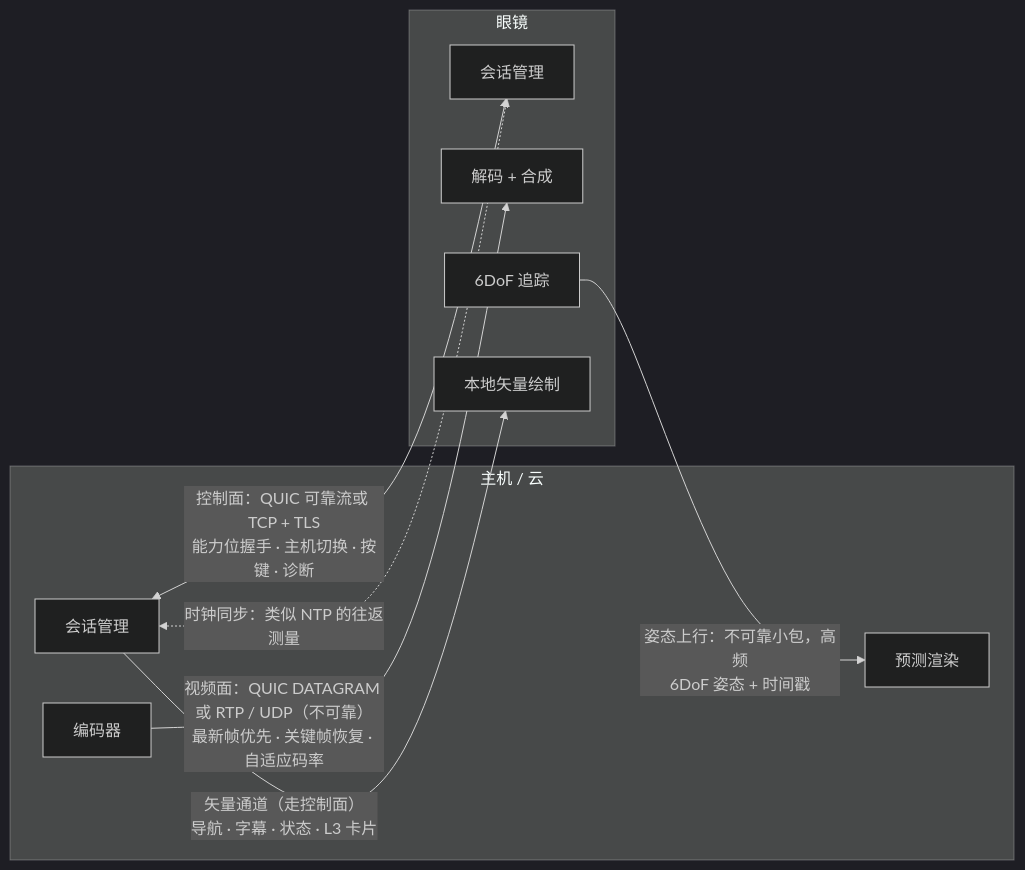
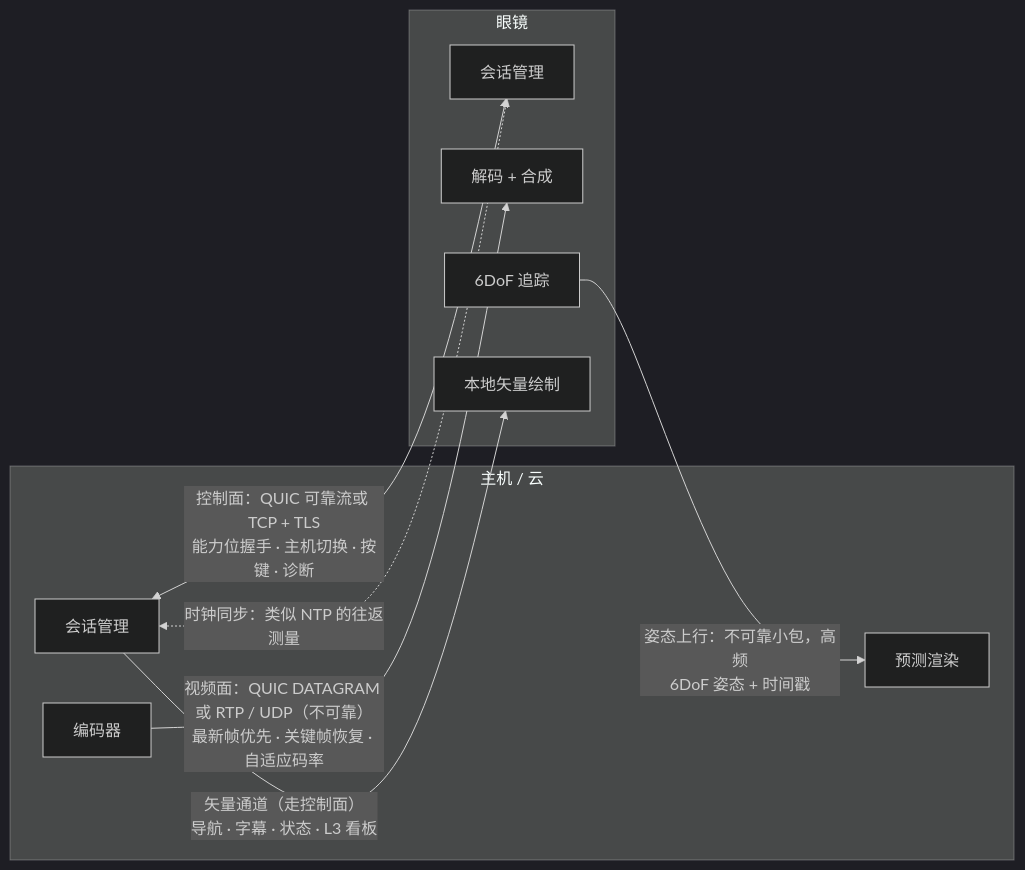
Before and after one commit to jodancain/independent-cellular-ai-glasses: the sixth of 9 diagrams in docs/system-architecture.md, drawn with Mermaid (dark theme). The commit also changed other lines of this file and 9 other files, not shown here.

````diff
--- a/docs/system-architecture.md
+++ b/docs/system-architecture.md
@@ -260,19 +268,19 @@
 ```mermaid
 flowchart LR
   subgraph H["主机 / 云"]
     HC["会话管理"]
     HE["编码器"]
     HR["预测渲染"]
   end
   subgraph G["眼镜"]
     GC["会话管理"]
     GD["解码 + 合成"]
     GT["6DoF 追踪"]
     GV["本地矢量绘制"]
   end
   HC <-- "控制面：QUIC 可靠流或 TCP + TLS<br/>能力位握手 · 主机切换 · 按键 · 诊断" --> GC
   HE -- "视频面：QUIC DATAGRAM 或 RTP / UDP（不可靠）<br/>最新帧优先 · 关键帧恢复 · 自适应码率" --> GD
   GT -- "姿态上行：不可靠小包，高频<br/>6DoF 姿态 + 时间戳" --> HR
-  HC -- "矢量通道（走控制面）<br/>导航 · 字幕 · 状态 · L3 卡片" --> GV
+  HC -- "矢量通道（走控制面）<br/>导航 · 字幕 · 状态 · L3 看板" --> GV
   HC <-. "时钟同步：类似 NTP 的往返测量" .-> GC
 ```
````
